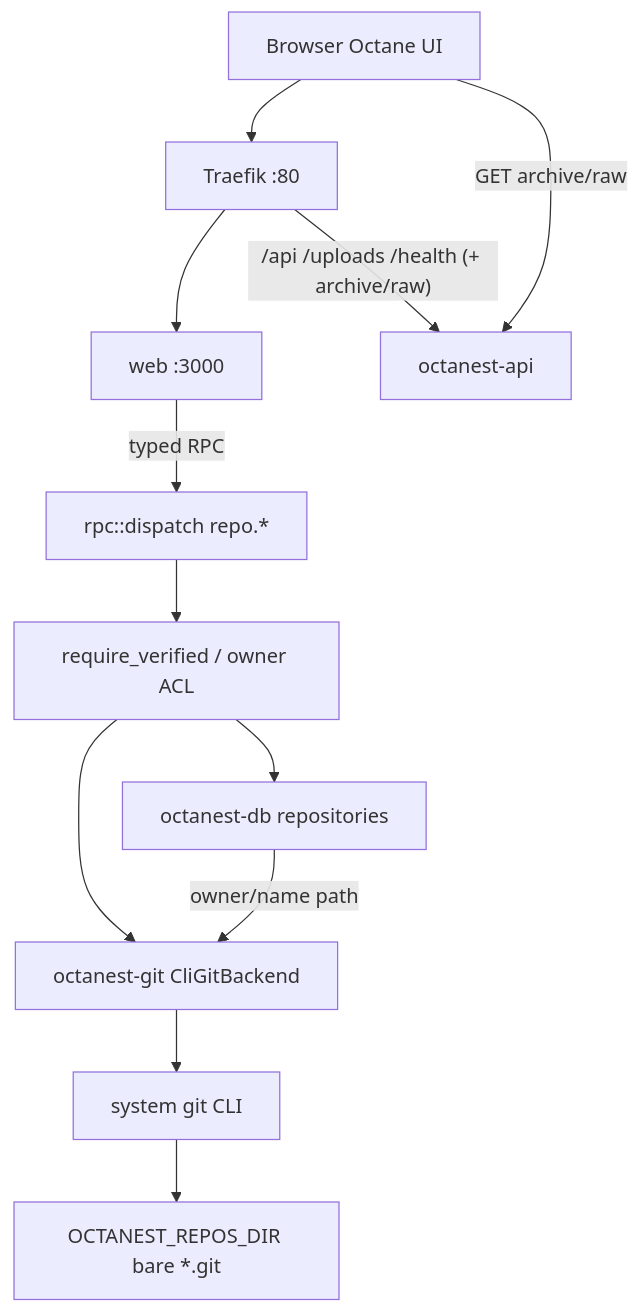
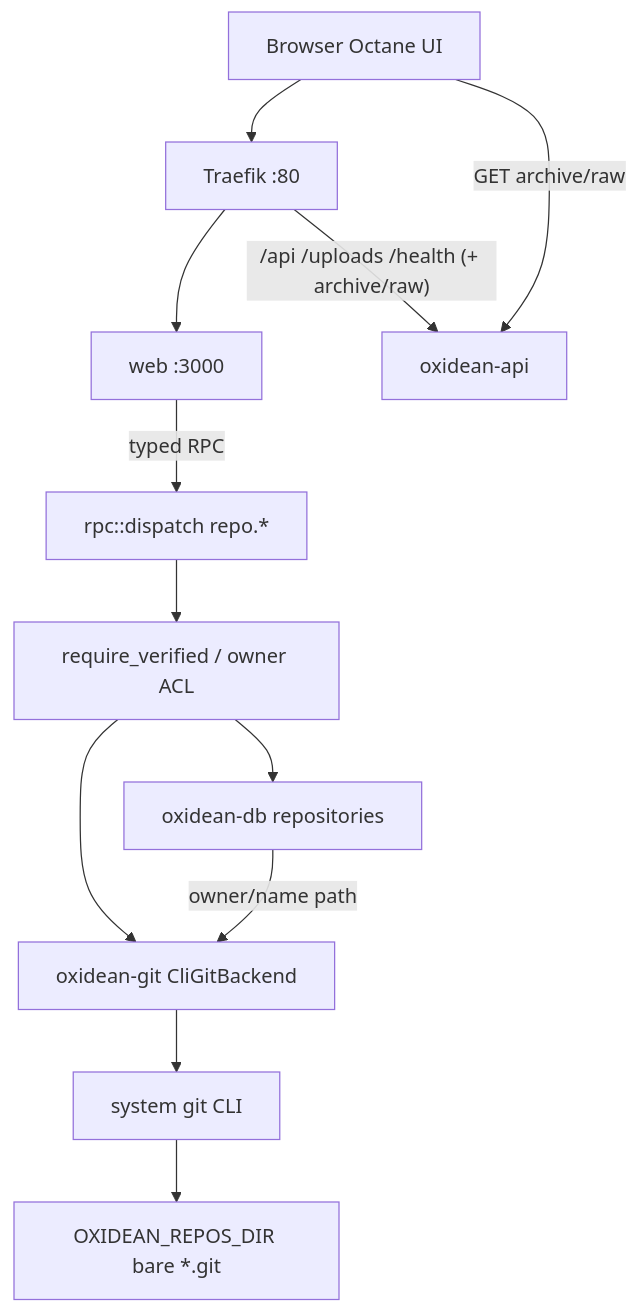
One commit to Octanest-Git/Octanest changed the diagram in .planning/milestones/v1.0-phases/07-git-repos-browse/07-RESEARCH.md. Above: the diagram before and after it, drawn with Mermaid. The commit also changed other lines of this file and 1970 other files, not shown here.

First line of the commit message:
refactor!: rename project Octanest → Oxidean (#46)

````diff
--- a/.planning/milestones/v1.0-phases/07-git-repos-browse/07-RESEARCH.md
+++ b/.planning/milestones/v1.0-phases/07-git-repos-browse/07-RESEARCH.md
@@ -188,25 +188,25 @@
 ```mermaid
 flowchart TD
   Browser["Browser Octane UI"]
   Traefik["Traefik :80"]
   Web["web :3000"]
-  Api["octanest-api"]
+  Api["oxidean-api"]
   Rpc["rpc::dispatch repo.*"]
   Gate["require_verified / owner ACL"]
-  Db["octanest-db repositories"]
-  Git["octanest-git CliGitBackend"]
-  Fs["OCTANEST_REPOS_DIR bare *.git"]
+  Db["oxidean-db repositories"]
+  Git["oxidean-git CliGitBackend"]
+  Fs["OXIDEAN_REPOS_DIR bare *.git"]
   GitBin["system git CLI"]
 
   Browser --> Traefik
   Traefik --> Web
   Traefik -->|"/api /uploads /health (+ archive/raw)"| Api
   Web -->|"typed RPC"| Rpc
   Browser -->|"GET archive/raw"| Api
   Rpc --> Gate
   Gate --> Db
   Gate --> Git
   Git --> GitBin
   GitBin --> Fs
   Db -->|"owner/name path"| Git
 ```
````
